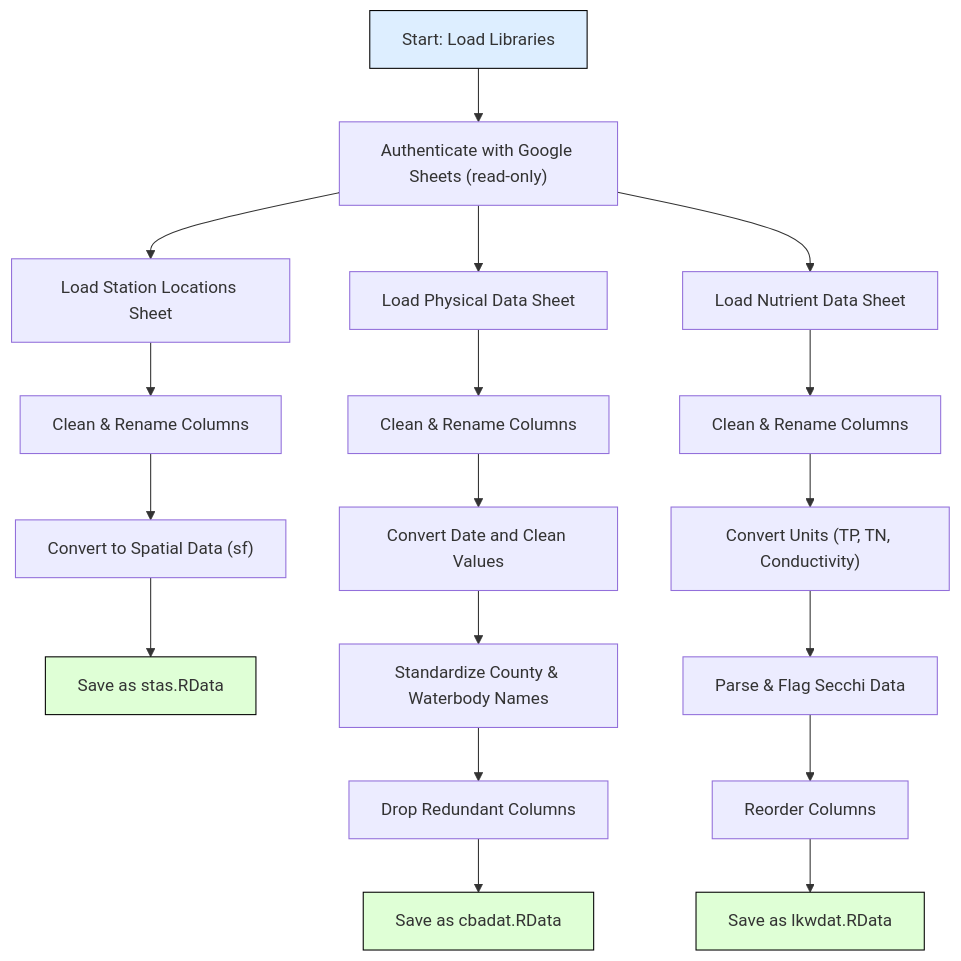
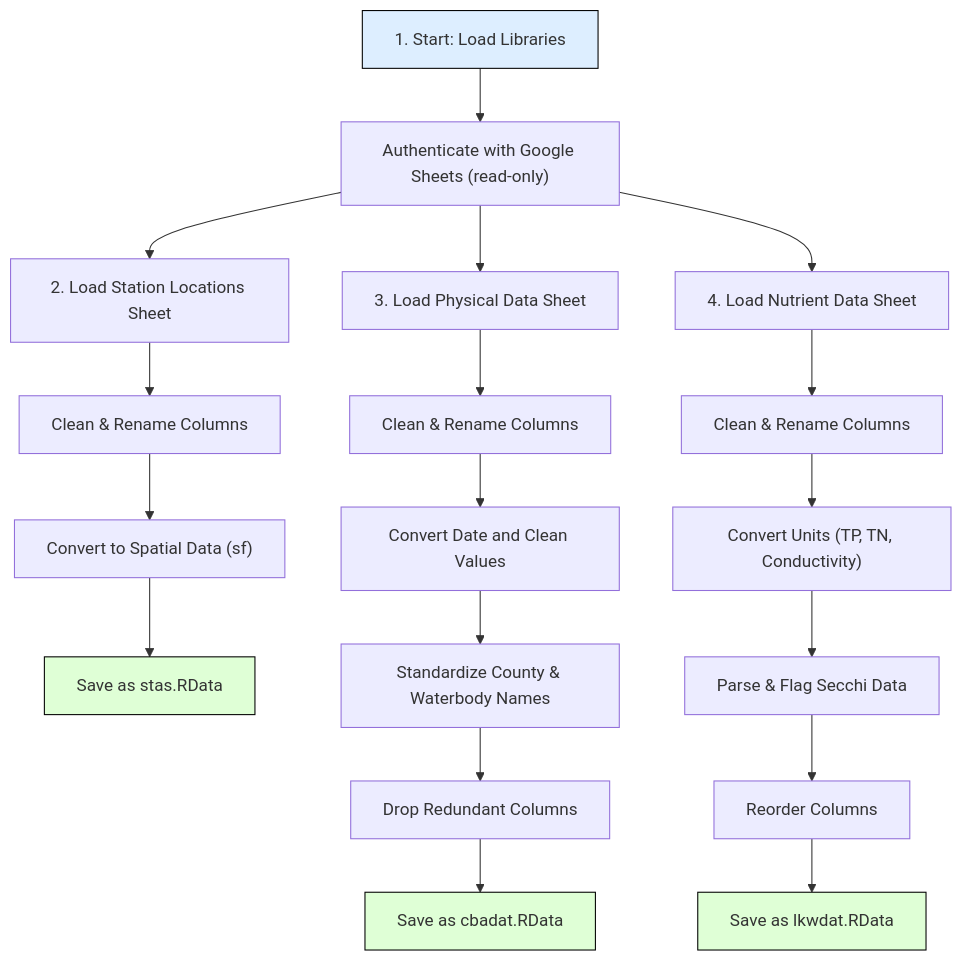
Before and after one commit to choctawhatchee-basin-alliance/wq-dashboard: the diagram in doc/workflow.md, drawn with Mermaid. The commit also changed other lines of this file, not shown here.

Commit message:
update workflow

````diff
--- a/doc/workflow.md
+++ b/doc/workflow.md
@@ -6,27 +6,27 @@
 ```mermaid
 flowchart TD
-  A[Start: Load Libraries] --> B["Authenticate with Google Sheets (read-only)"]
-  B --> C[Load Station Locations Sheet]
+  A[1. Start: Load Libraries] --> B["Authenticate with Google Sheets (read-only)"]
+  B --> C[2. Load Station Locations Sheet]
   C --> D[Clean & Rename Columns]
   D --> E["Convert to Spatial Data (sf)"]
   E --> F[Save as stas.RData]
 
-  B --> G[Load Physical Data Sheet]
+  B --> G[3. Load Physical Data Sheet]
   G --> H[Clean & Rename Columns]
   H --> I[Convert Date and Clean Values]
   I --> J[Standardize County & Waterbody Names]
   J --> K[Drop Redundant Columns]
   K --> L[Save as cbadat.RData]
 
-  B --> M[Load Nutrient Data Sheet]
+  B --> M[4. Load Nutrient Data Sheet]
   M --> N[Clean & Rename Columns]
   N --> O["Convert Units (TP, TN, Conductivity)"]
   O --> P[Parse & Flag Secchi Data]
   P --> Q[Reorder Columns]
   Q --> R[Save as lkwdat.RData]
 
   style A fill:#DDEEFF,stroke:#000,stroke-width:1px
   style F fill:#DFFFD6,stroke:#000,stroke-width:1px
   style L fill:#DFFFD6,stroke:#000,stroke-width:1px
   style R fill:#DFFFD6,stroke:#000,stroke-width:1px
 ```
````
